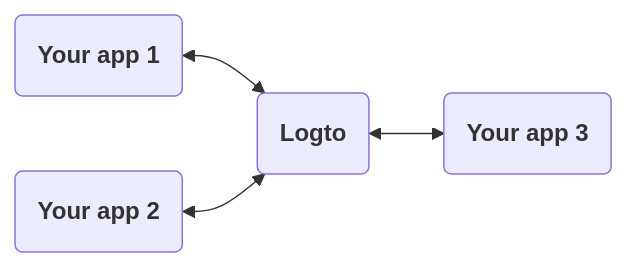
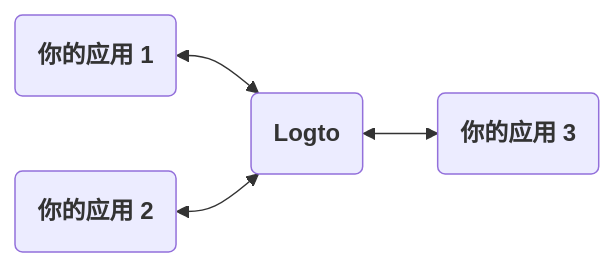
The third of 5 diagrams in i18n/zh-CN/docusaurus-plugin-content-docs/current/concepts/sign-in-experience.mdx (logto-io/docs), drawn with Mermaid before and after one commit. The commit also changed other lines of this file and 449 other files, not shown here.

````diff
--- a/i18n/zh-CN/docusaurus-plugin-content-docs/current/concepts/sign-in-experience.mdx
+++ b/i18n/zh-CN/docusaurus-plugin-content-docs/current/concepts/sign-in-experience.mdx
@@ -42,6 +42,6 @@
 ```mermaid
 graph LR
-    A(<b>Your app 1</b>) <--> B(<b>Logto</b>)
-    C(<b>Your app 2</b>) <--> B
-    B <--> D(<b>Your app 3</b>)
+    A(<b>你的应用 1</b>) <--> B(<b>Logto</b>)
+    C(<b>你的应用 2</b>) <--> B
+    B <--> D(<b>你的应用 3</b>)
 ```
````
